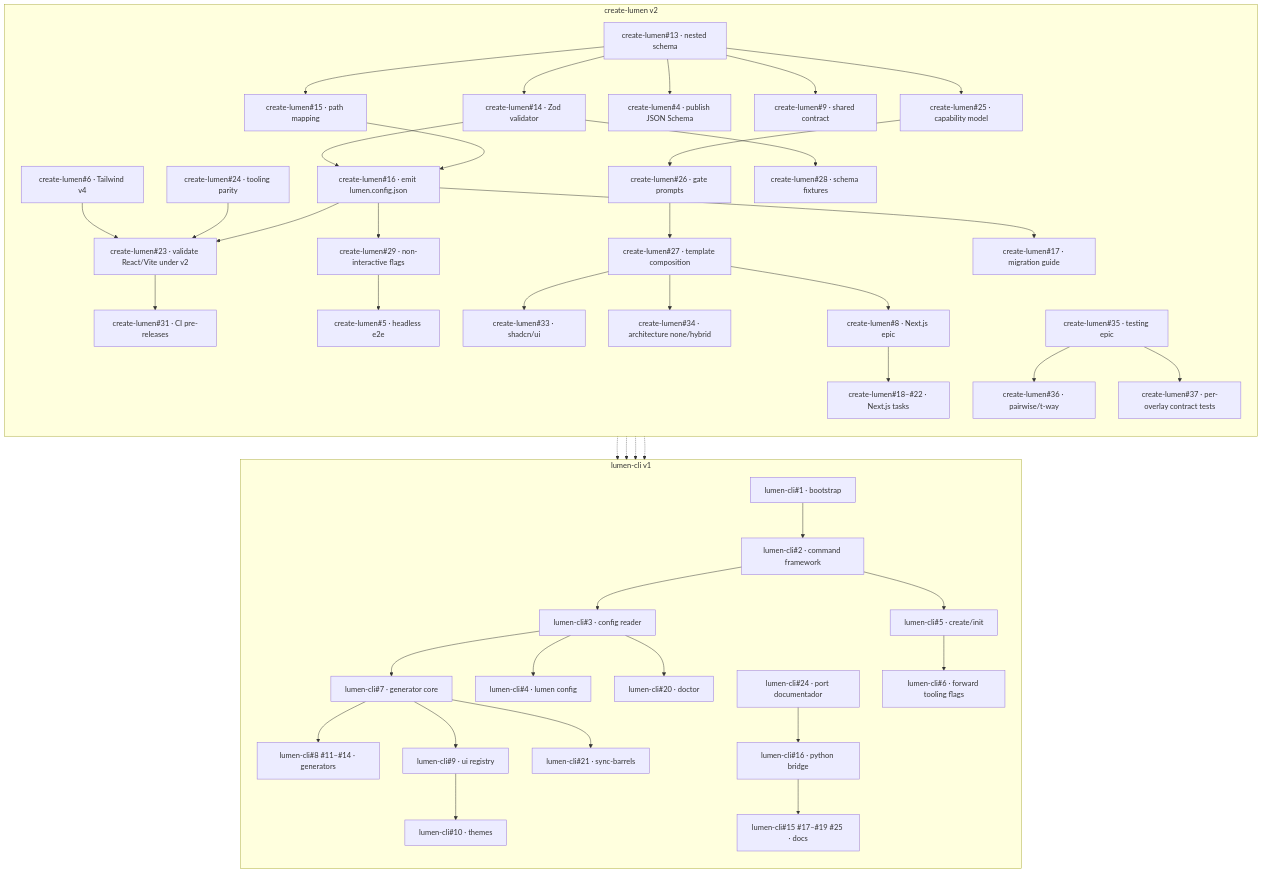
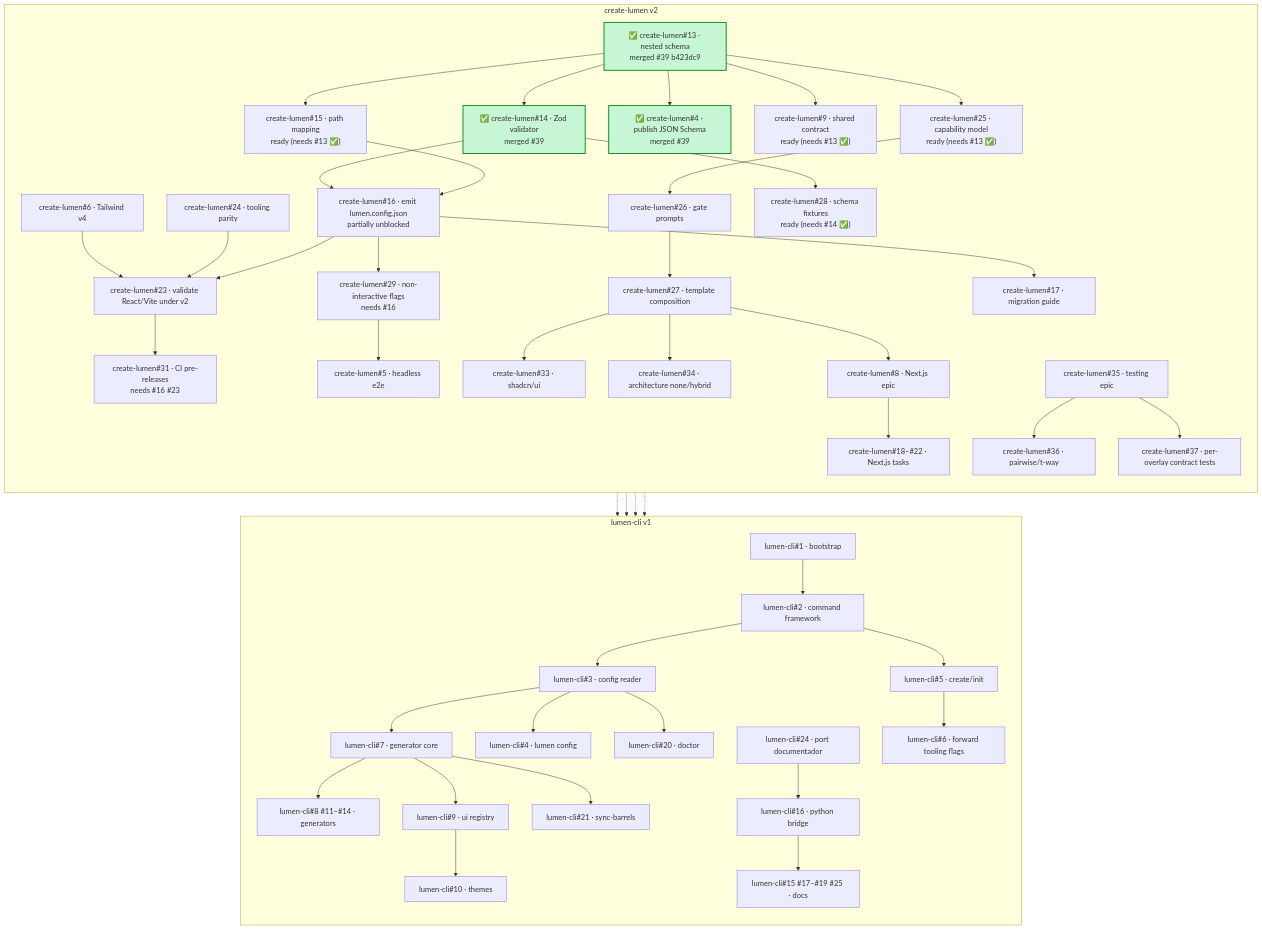
Before and after one commit to LUMEN-SH/create-lumen: the second of 5 diagrams in docs/PLAN.md, drawn with Mermaid. The commit also changed other lines of this file and 1 other file, not shown here.

Commit message:
docs: update matrices for merged manifest core (#13 #14 #4 via #39)
- ROADMAP M1: mark #13 #14 #4 as done (b423dc9), note unblocked dependents
- ROADMAP dependency matrix: add Status column with ✅/⏳ and unblock notes
- PLAN dependency graph: mark #13 #14 #4 as merged with green style, annotate ready nodes (#15 #9 #25 #28)
- PLAN waves: Lane A partially done, G notes #28 now ready

```diff
--- a/docs/PLAN.md
+++ b/docs/PLAN.md
@@ -33,18 +33,18 @@
 flowchart TD
     subgraph CL["create-lumen v2"]
         direction TB
-        CreateLumen13["create-lumen#13 · nested schema"]
-        CreateLumen14["create-lumen#14 · Zod validator"]
-        CreateLumen15["create-lumen#15 · path mapping"]
-        CreateLumen16["create-lumen#16 · emit lumen.config.json"]
-        CreateLumen4["create-lumen#4 · publish JSON Schema"]
-        CreateLumen9["create-lumen#9 · shared contract"]
+        CreateLumen13["✅ create-lumen#13 · nested schema<br/>merged #39 b423dc9"]
+        CreateLumen14["✅ create-lumen#14 · Zod validator<br/>merged #39"]
+        CreateLumen15["create-lumen#15 · path mapping<br/>ready (needs #13 ✅)"]
+        CreateLumen16["create-lumen#16 · emit lumen.config.json<br/>partially unblocked"]
+        CreateLumen4["✅ create-lumen#4 · publish JSON Schema<br/>merged #39"]
+        CreateLumen9["create-lumen#9 · shared contract<br/>ready (needs #13 ✅)"]
         CreateLumen6["create-lumen#6 · Tailwind v4"]
         CreateLumen24["create-lumen#24 · tooling parity"]
         CreateLumen23["create-lumen#23 · validate React/Vite under v2"]
-        CreateLumen29["create-lumen#29 · non-interactive flags"]
-        CreateLumen31["create-lumen#31 · CI pre-releases"]
-        CreateLumen25["create-lumen#25 · capability model"]
+        CreateLumen29["create-lumen#29 · non-interactive flags<br/>needs #16"]
+        CreateLumen31["create-lumen#31 · CI pre-releases<br/>needs #16 #23"]
+        CreateLumen25["create-lumen#25 · capability model<br/>ready (needs #13 ✅)"]
         CreateLumen26["create-lumen#26 · gate prompts"]
         CreateLumen27["create-lumen#27 · template composition"]
         CreateLumen33["create-lumen#33 · shadcn/ui"]
@@ -54,7 +54,7 @@
         CreateLumen35["create-lumen#35 · testing epic"]
         CreateLumen36["create-lumen#36 · pairwise/t-way"]
         CreateLumen37["create-lumen#37 · per-overlay contract tests"]
-        CreateLumen28["create-lumen#28 · schema fixtures"]
+        CreateLumen28["create-lumen#28 · schema fixtures<br/>ready (needs #14 ✅)"]
         CreateLumen5["create-lumen#5 · headless e2e"]
         CreateLumen17["create-lumen#17 · migration guide"]
 
@@ -74,6 +74,10 @@
         CreateLumen27 --> CreateLumen8 --> CreateLumenNext
         CreateLumen35 --> CreateLumen36
         CreateLumen35 --> CreateLumen37
+
+        style CreateLumen13 fill:#c6f6d5,stroke:#0e8a16,stroke-width:2px
+        style CreateLumen14 fill:#c6f6d5,stroke:#0e8a16,stroke-width:2px
+        style CreateLumen4 fill:#c6f6d5,stroke:#0e8a16,stroke-width:2px
     end
 
     subgraph LC["lumen-cli v1"]
```
